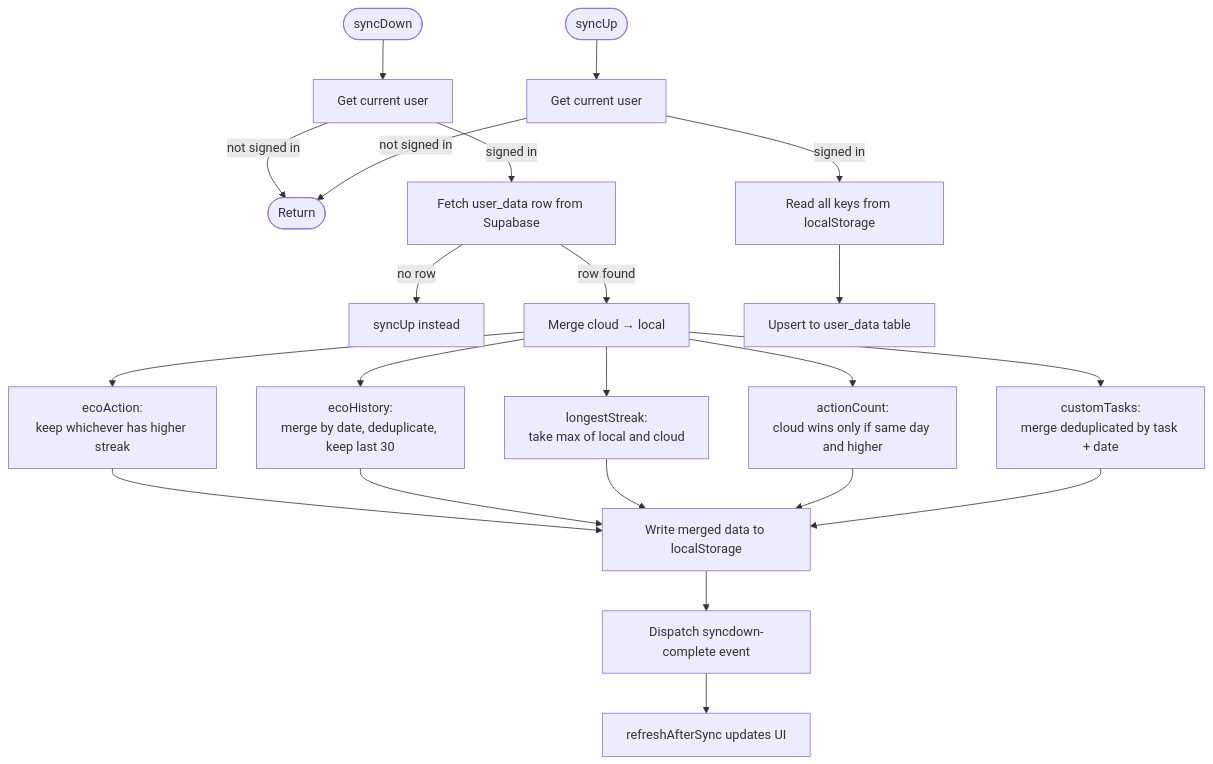
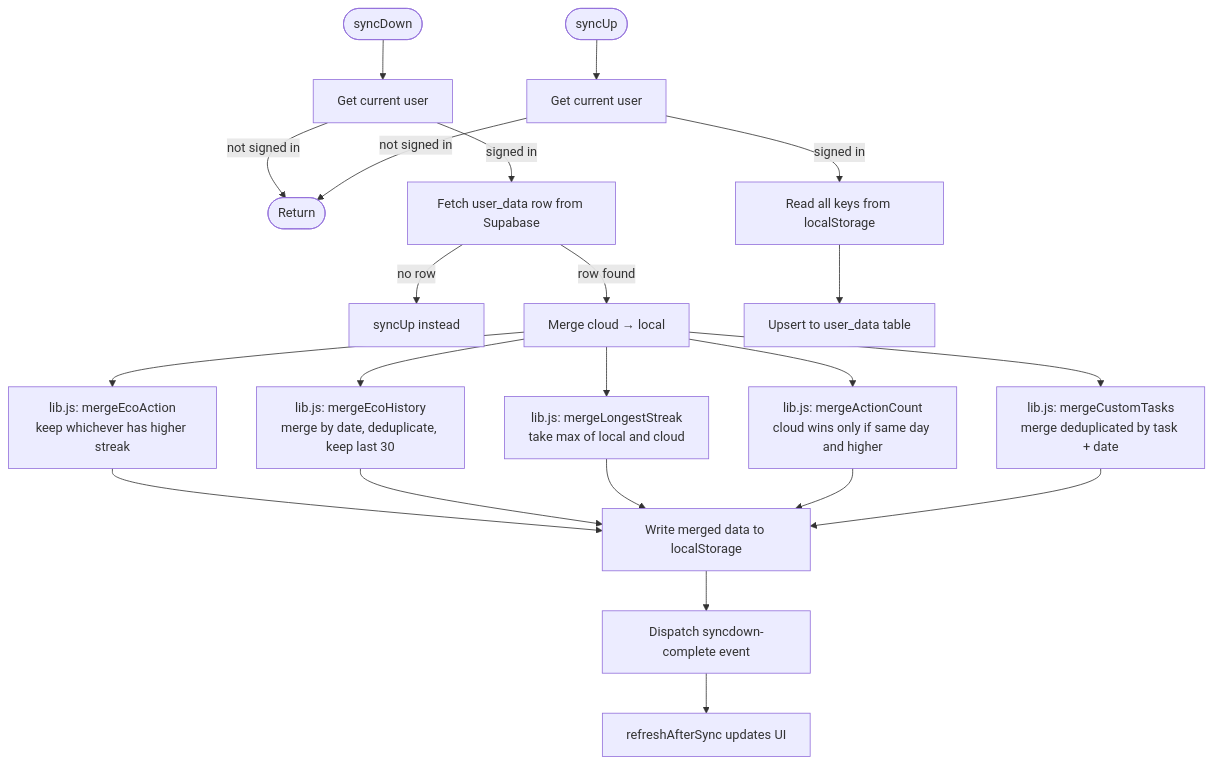
The fourth of 9 diagrams in DIAGRAMS.md (mwh-max/onesmallhoof), drawn with Mermaid before and after one commit. The commit also changed other lines of this file and 11 other files, not shown here.

````diff
--- a/DIAGRAMS.md
+++ b/DIAGRAMS.md
@@ -81,23 +83,23 @@
 ```mermaid
 flowchart TD
     A([syncDown]) --> B[Get current user]
     B -->|not signed in| Z([Return])
     B -->|signed in| C[Fetch user_data row from Supabase]
     C -->|no row| D[syncUp instead]
     C -->|row found| E[Merge cloud → local]
 
-    E --> E1["ecoAction:\nkeep whichever has higher streak"]
-    E --> E2["ecoHistory:\nmerge by date, deduplicate, keep last 30"]
-    E --> E3["longestStreak:\ntake max of local and cloud"]
-    E --> E4["actionCount:\ncloud wins only if same day and higher"]
-    E --> E5["customTasks:\nmerge deduplicated by task + date"]
+    E --> E1["lib.js: mergeEcoAction\nkeep whichever has higher streak"]
+    E --> E2["lib.js: mergeEcoHistory\nmerge by date, deduplicate, keep last 30"]
+    E --> E3["lib.js: mergeLongestStreak\ntake max of local and cloud"]
+    E --> E4["lib.js: mergeActionCount\ncloud wins only if same day and higher"]
+    E --> E5["lib.js: mergeCustomTasks\nmerge deduplicated by task + date"]
 
     E1 & E2 & E3 & E4 & E5 --> F[Write merged data to localStorage]
     F --> G[Dispatch syncdown-complete event]
     G --> H[refreshAfterSync updates UI]
 
     I([syncUp]) --> J[Get current user]
     J -->|not signed in| Z
     J -->|signed in| K[Read all keys from localStorage]
     K --> L[Upsert to user_data table]
 ```
````
